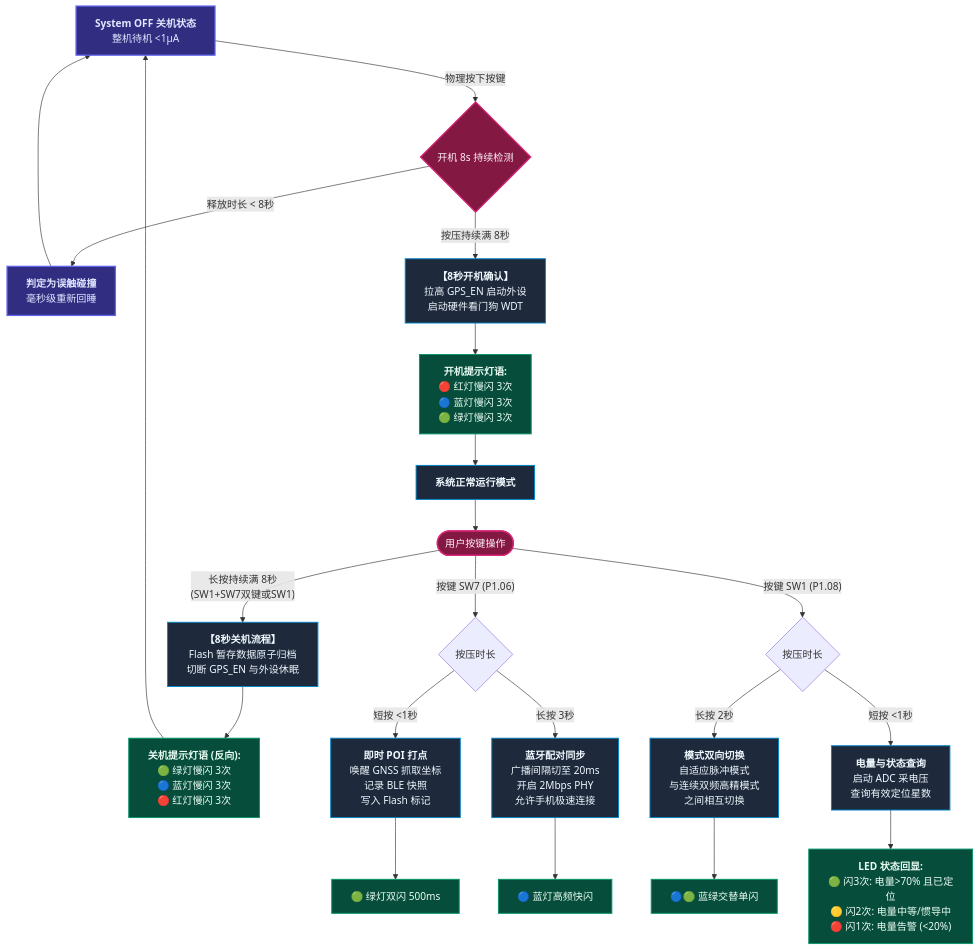
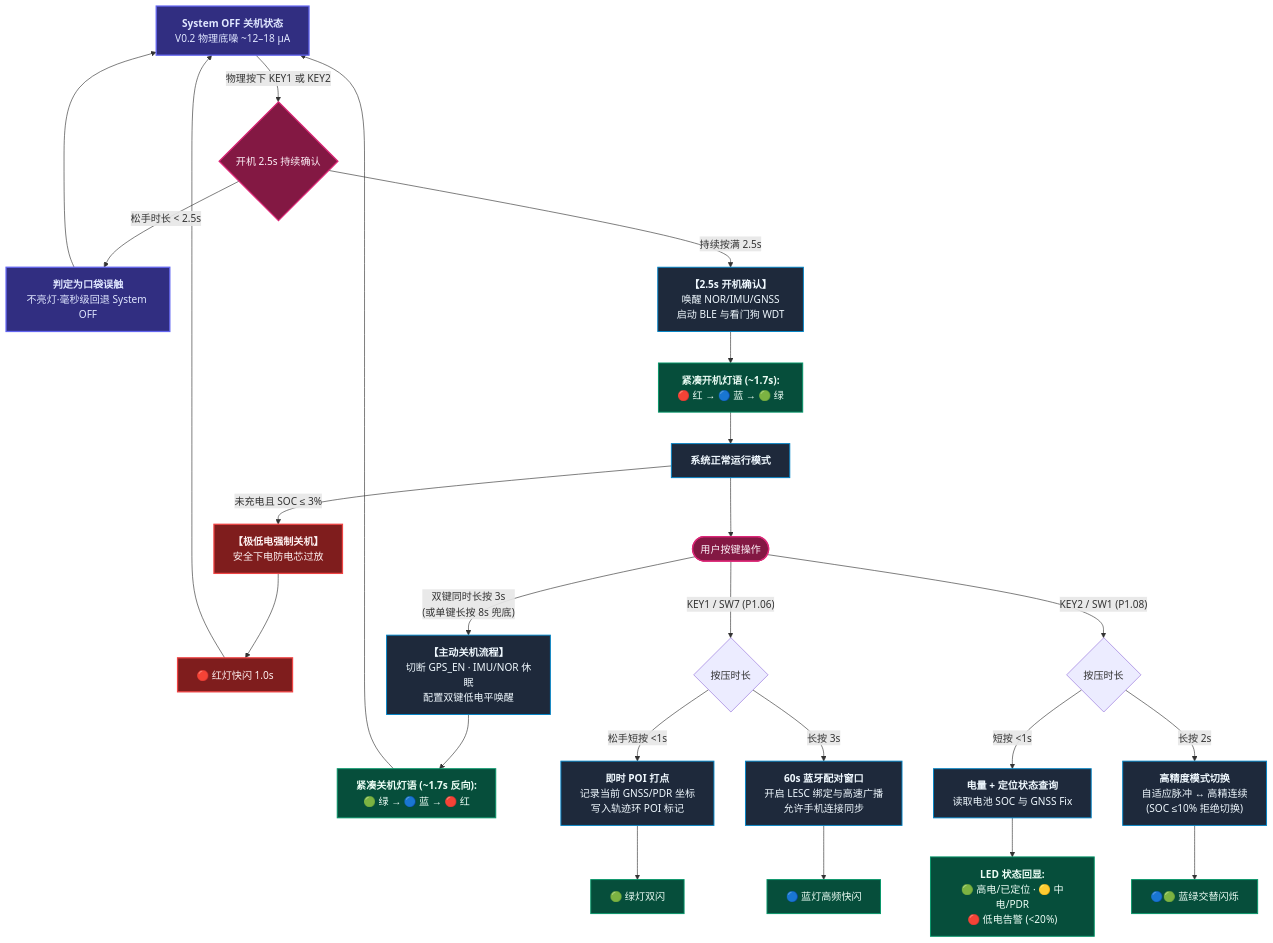
One commit to suntyrael/Life_GPS changed the second of 6 diagrams in README.md. Above: the diagram before and after it, drawn with Mermaid. The commit also changed other lines of this file and 31 other files, not shown here.

````diff
--- a/README.md
+++ b/README.md
@@ -398,34 +398,38 @@
 ```mermaid
 flowchart TD
     classDef key fill:#831843,stroke:#db2777,stroke-width:2px,color:#fdf2f8;
     classDef act fill:#1e293b,stroke:#0284c7,stroke-width:1.5px,color:#f0f9ff;
     classDef led fill:#064e3b,stroke:#059669,stroke-width:1.5px,color:#ecfdf5;
     classDef off fill:#312e81,stroke:#6366f1,stroke-width:2px,color:#e0e7ff;
+    classDef err fill:#7f1d1d,stroke:#ef4444,stroke-width:2px,color:#fef2f2;
 
-    SYS_OFF["<b>System OFF 关机状态</b><br/>整机待机 &lt;1µA"]:::off -->|"物理按下按键"| WAKE_CHK{"开机 8s 持续检测"}:::key
+    SYS_OFF["<b>System OFF 关机状态</b><br/>V0.2 物理底噪 ~12–18 µA"]:::off -->|"物理按下 KEY1 或 KEY2"| WAKE_CHK{"开机 2.5s 持续确认"}:::key
 
-    WAKE_CHK -->|"释放时长 &lt; 8秒"| RE_OFF["<b>判定为误触碰撞</b><br/>毫秒级重新回睡"]:::off --> SYS_OFF
-    WAKE_CHK -->|"按压持续满 8秒"| PWR_ON["<b>【8秒开机确认】</b><br/>拉高 GPS_EN 启动外设<br/>启动硬件看门狗 WDT"]:::act
-    PWR_ON --> ON_LED["<b>开机提示灯语:</b><br/>🔴 红灯慢闪 3次<br/>🔵 蓝灯慢闪 3次<br/>🟢 绿灯慢闪 3次"]:::led
+    WAKE_CHK -->|"松手时长 &lt; 2.5s"| RE_OFF["<b>判定为口袋误触</b><br/>不亮灯·毫秒级回退 System OFF"]:::off --> SYS_OFF
+    WAKE_CHK -->|"持续按满 2.5s"| PWR_ON["<b>【2.5s 开机确认】</b><br/>唤醒 NOR/IMU/GNSS<br/>启动 BLE 与看门狗 WDT"]:::act
+    PWR_ON --> ON_LED["<b>紧凑开机灯语 (~1.7s):</b><br/>🔴 红 → 🔵 蓝 → 🟢 绿"]:::led
     ON_LED --> SYS_ON["<b>系统正常运行模式</b>"]:::act
+
+    SYS_ON -->|"未充电且 SOC ≤ 3%"| CRIT_OFF["<b>【极低电强制关机】</b><br/>安全下电防电芯过放"]:::err
+    CRIT_OFF --> CRIT_LED["🔴 红灯快闪 1.0s"]:::err --> SYS_OFF
 
     SYS_ON --> USER_OP(["用户按键操作"]):::key
 
-    USER_OP -->|"长按持续满 8秒<br/>(SW1+SW7双键或SW1)"| PWR_OFF["<b>【8秒关机流程】</b><br/>Flash 暂存数据原子归档<br/>切断 GPS_EN 与外设休眠"]:::act
-    PWR_OFF --> OFF_LED["<b>关机提示灯语 (反向):</b><br/>🟢 绿灯慢闪 3次<br/>🔵 蓝灯慢闪 3次<br/>🔴 红灯慢闪 3次"]:::led
+    USER_OP -->|"双键同时长按 3s<br/>(或单键长按 8s 兜底)"| PWR_OFF["<b>【主动关机流程】</b><br/>切断 GPS_EN · IMU/NOR 休眠<br/>配置双键低电平唤醒"]:::act
+    PWR_OFF --> OFF_LED["<b>紧凑关机灯语 (~1.7s 反向):</b><br/>🟢 绿 → 🔵 蓝 → 🔴 红"]:::led
     OFF_LED --> SYS_OFF
 
-    USER_OP -->|"按键 SW7 (P1.06)"| K1{"按压时长"}
-    K1 -->|"短按 &lt;1秒"| POI["<b>即时 POI 打点</b><br/>唤醒 GNSS 抓取坐标<br/>记录 BLE 快照<br/>写入 Flash 标记"]:::act
-    POI --> POI_LED["🟢 绿灯双闪 500ms"]:::led
+    USER_OP -->|"KEY1 / SW7 (P1.06)"| K1{"按压时长"}
+    K1 -->|"松手短按 &lt;1s"| POI["<b>即时 POI 打点</b><br/>记录当前 GNSS/PDR 坐标<br/>写入轨迹环 POI 标记"]:::act
+    POI --> POI_LED["🟢 绿灯双闪"]:::led
 
-    K1 -->|"长按 3秒"| PAIR["<b>蓝牙配对同步</b><br/>广播间隔切至 20ms<br/>开启 2Mbps PHY<br/>允许手机极速连接"]:::act
+    K1 -->|"长按 3s"| PAIR["<b>60s 蓝牙配对窗口</b><br/>开启 LESC 绑定与高速广播<br/>允许手机连接同步"]:::act
     PAIR --> PAIR_LED["🔵 蓝灯高频快闪"]:::led
 
-    USER_OP -->|"按键 SW1 (P1.08)"| K2{"按压时长"}
-    K2 -->|"长按 2秒"| TOGGLE["<b>模式双向切换</b><br/>自适应脉冲模式<br/>与连续双频高精模式<br/>之间相互切换"]:::act
-    TOGGLE --> TOG_LED["🔵🟢 蓝绿交替单闪"]:::led
+    USER_OP -->|"KEY2 / SW1 (P1.08)"| K2{"按压时长"}
+    K2 -->|"短按 &lt;1s"| QUERY["<b>电量 + 定位状态查询</b><br/>读取电池 SOC 与 GNSS Fix"]:::act
+    QUERY --> Q_LED["<b>LED 状态回显:</b><br/>🟢 高电/已定位 · 🟡 中电/PDR<br/>🔴 低电告警 (&lt;20%)"]:::led
 
-    K2 -->|"短按 &lt;1秒"| QUERY["<b>电量与状态查询</b><br/>启动 ADC 采电压<br/>查询有效定位星数"]:::act
-    QUERY --> Q_LED["<b>LED 状态回显:</b><br/>🟢 闪3次: 电量&gt;70% 且已定位<br/>🟡 闪2次: 电量中等/惯导中<br/>🔴 闪1次: 电量告警 (&lt;20%)"]:::led
+    K2 -->|"长按 2s"| TOGGLE["<b>高精度模式切换</b><br/>自适应脉冲 ↔ 高精连续<br/>(SOC ≤10% 拒绝切换)"]:::act
+    TOGGLE --> TOG_LED["🔵🟢 蓝绿交替闪烁"]:::led
 ```
````
